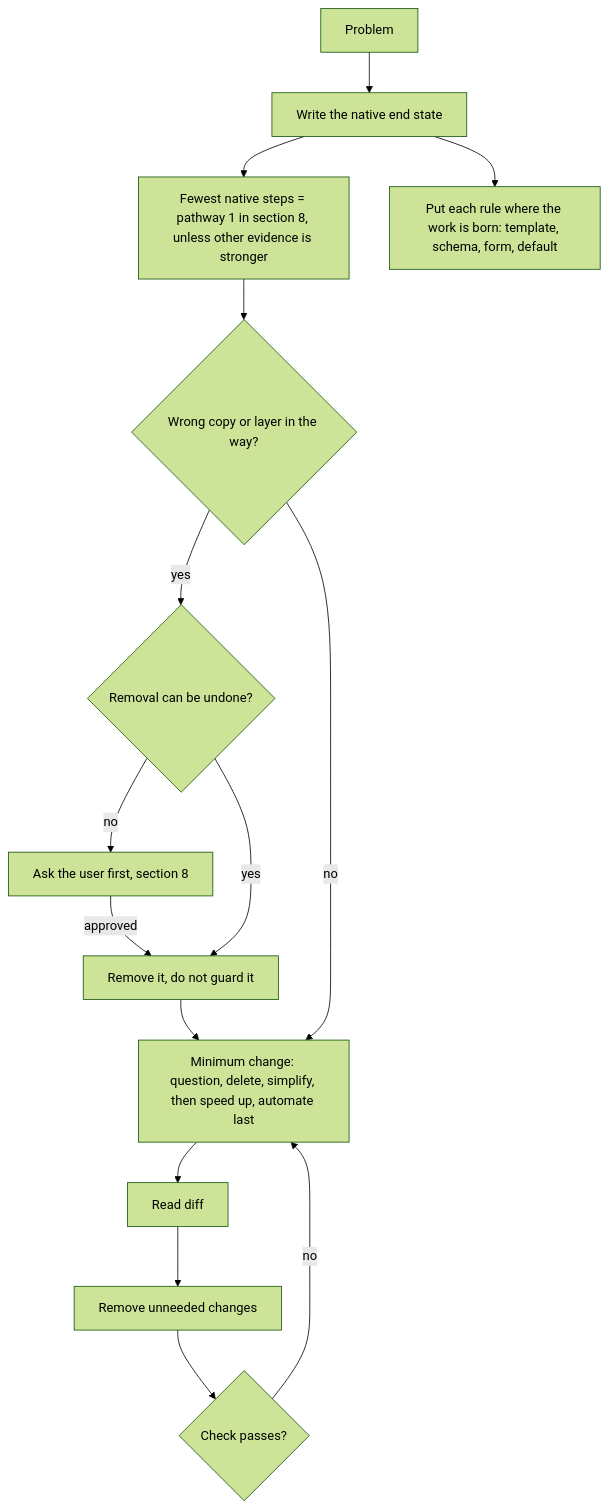
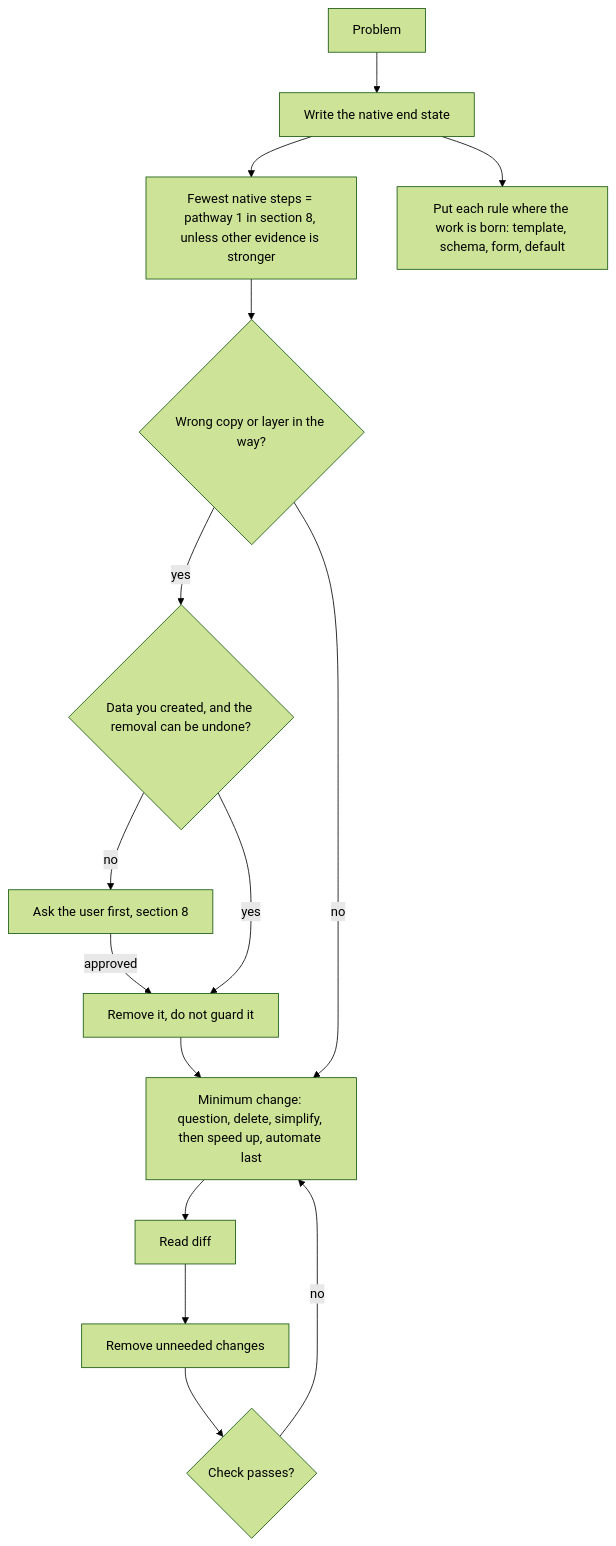
Before and after one commit to SolenixAI/arbiter: the tenth of 14 diagrams in AGENTS.md, drawn with Mermaid (forest theme). The commit also changed other lines of this file, not shown here.

First line of the commit message:
fix(agents): ask before private data, installs and one-way doors

````diff
--- a/AGENTS.md
+++ b/AGENTS.md
@@ -363,11 +363,11 @@
 ```mermaid
 flowchart TD
   P[Problem] --> E[Write the native end state] --> N[Fewest native steps = pathway 1 in section 8, unless other evidence is stronger]
   N --> W{Wrong copy or layer in the way?}
-  W -->|yes| O{Removal can be undone?}
+  W -->|yes| O{Data you created, and the removal can be undone?}
   E --> RB[Put each rule where the work is born: template, schema, form, default]
   O -->|no| AS[Ask the user first, section 8] -->|approved| X
   O -->|yes| X[Remove it, do not guard it] --> M
   W -->|no| M[Minimum change: question, delete, simplify, then speed up, automate last] --> D[Read diff] --> R[Remove unneeded changes] --> C{Check passes?}
   C -->|no| M
 ```
````
